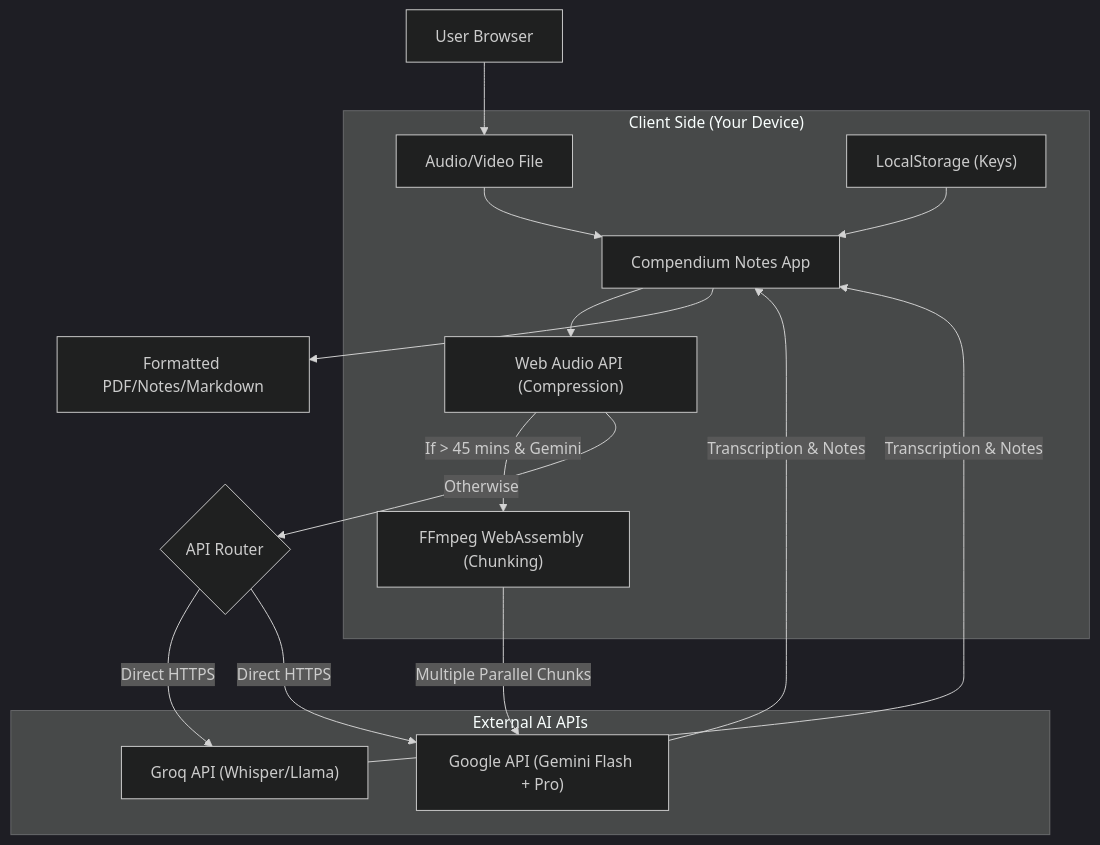
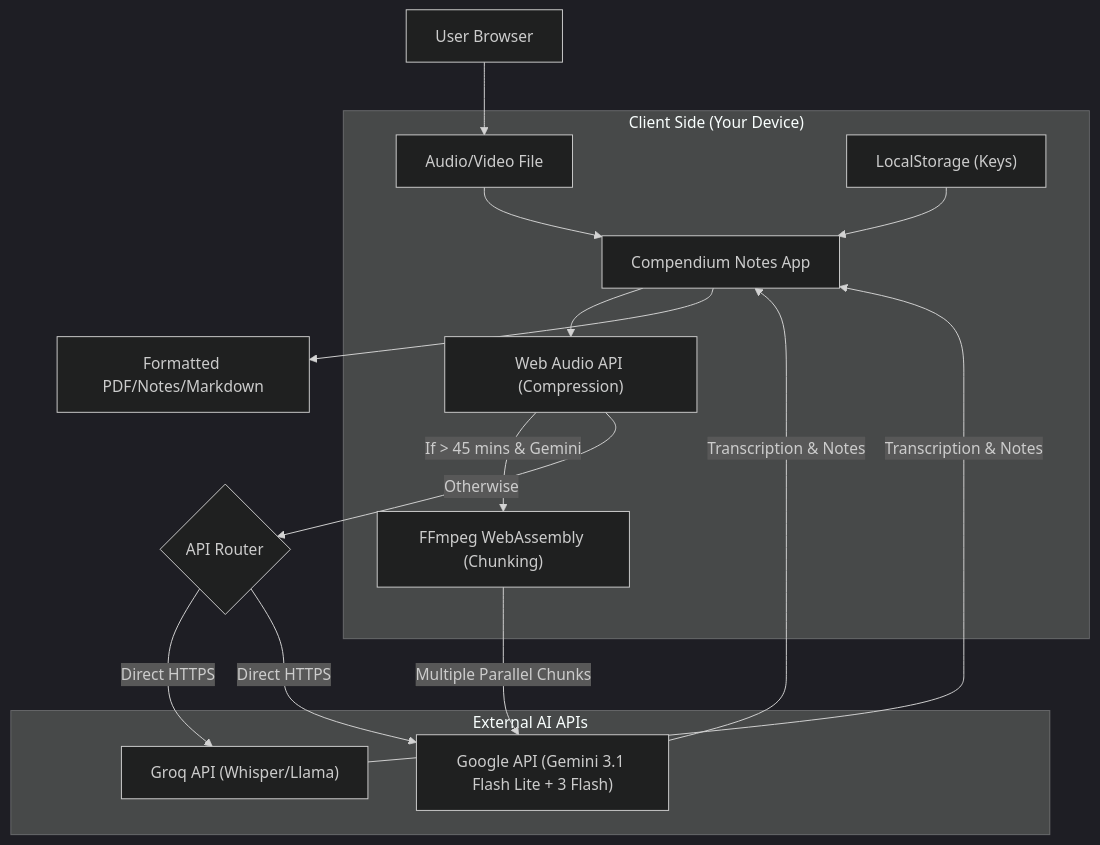
The diagram in README.md (ForcexDev/compendium-notes), drawn with Mermaid (dark theme) before and after one commit. The commit also changed other lines of this file and 11 other files, not shown here.

````diff
--- a/README.md
+++ b/README.md
@@ -72,34 +72,34 @@
 ```mermaid
 graph TD
     User["User Browser"]
     subgraph "Client Side (Your Device)"
         Upload["Audio/Video File"]
         Store["LocalStorage (Keys)"]
         App["Compendium Notes App"]
         AudioAPI["Web Audio API (Compression)"]
         FFmpeg["FFmpeg WebAssembly (Chunking)"]
     end
     
     subgraph "External AI APIs"
         Groq["Groq API (Whisper/Llama)"]
-        Gemini["Google API (Gemini Flash + Pro)"]
+        Gemini["Google API (Gemini 3.1 Flash Lite + 3 Flash)"]
     end
 
     User --> Upload
     Upload --> App
     Store --> App
     
     App --> AudioAPI
     AudioAPI -- "If > 45 mins & Gemini" --> FFmpeg
     AudioAPI -- "Otherwise" --> APIs
     FFmpeg -- "Multiple Parallel Chunks" --> Gemini
     
     APIs{"API Router"}
     APIs -- "Direct HTTPS" --> Groq
     APIs -- "Direct HTTPS" --> Gemini
     
     Groq -- "Transcription & Notes" --> App
     Gemini -- "Transcription & Notes" --> App
     
     App --> Result["Formatted PDF/Notes/Markdown"]
 ```
````
